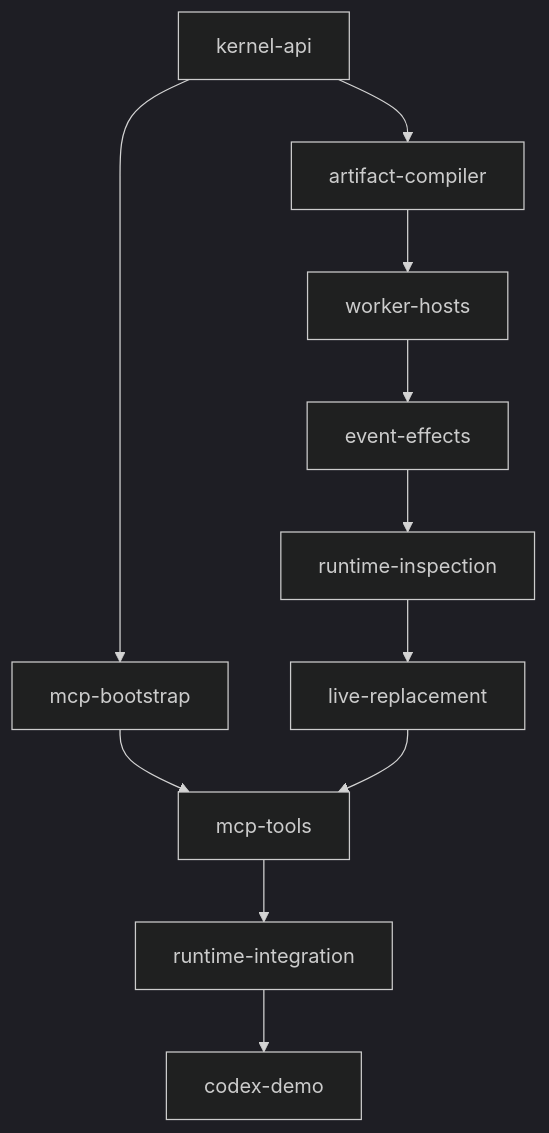
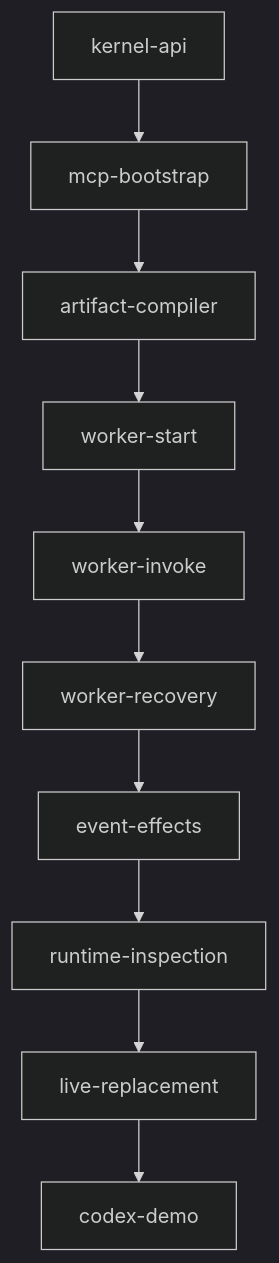
The diagram in docs/sdlc/phase01/plan.md (sesopenko/elixir-mixir), drawn with Mermaid (dark theme) before and after one commit. The commit also changed other lines of this file and 15 other files, not shown here.

````diff
--- a/docs/sdlc/phase01/plan.md
+++ b/docs/sdlc/phase01/plan.md
@@ -68,23 +70,22 @@
 ```mermaid
 flowchart TD
     kernel-api["kernel-api"]
     mcp-bootstrap["mcp-bootstrap"]
     artifact-compiler["artifact-compiler"]
-    worker-hosts["worker-hosts"]
+    worker-start["worker-start"]
+    worker-invoke["worker-invoke"]
+    worker-recovery["worker-recovery"]
     event-effects["event-effects"]
     runtime-inspection["runtime-inspection"]
     live-replacement["live-replacement"]
-    mcp-tools["mcp-tools"]
-    runtime-integration["runtime-integration"]
     codex-demo["codex-demo"]
     kernel-api --> mcp-bootstrap
-    kernel-api --> artifact-compiler
-    artifact-compiler --> worker-hosts
-    worker-hosts --> event-effects
+    mcp-bootstrap --> artifact-compiler
+    artifact-compiler --> worker-start
+    worker-start --> worker-invoke
+    worker-invoke --> worker-recovery
+    worker-recovery --> event-effects
     event-effects --> runtime-inspection
     runtime-inspection --> live-replacement
-    mcp-bootstrap --> mcp-tools
-    live-replacement --> mcp-tools
-    mcp-tools --> runtime-integration
-    runtime-integration --> codex-demo
+    live-replacement --> codex-demo
 ```
````
